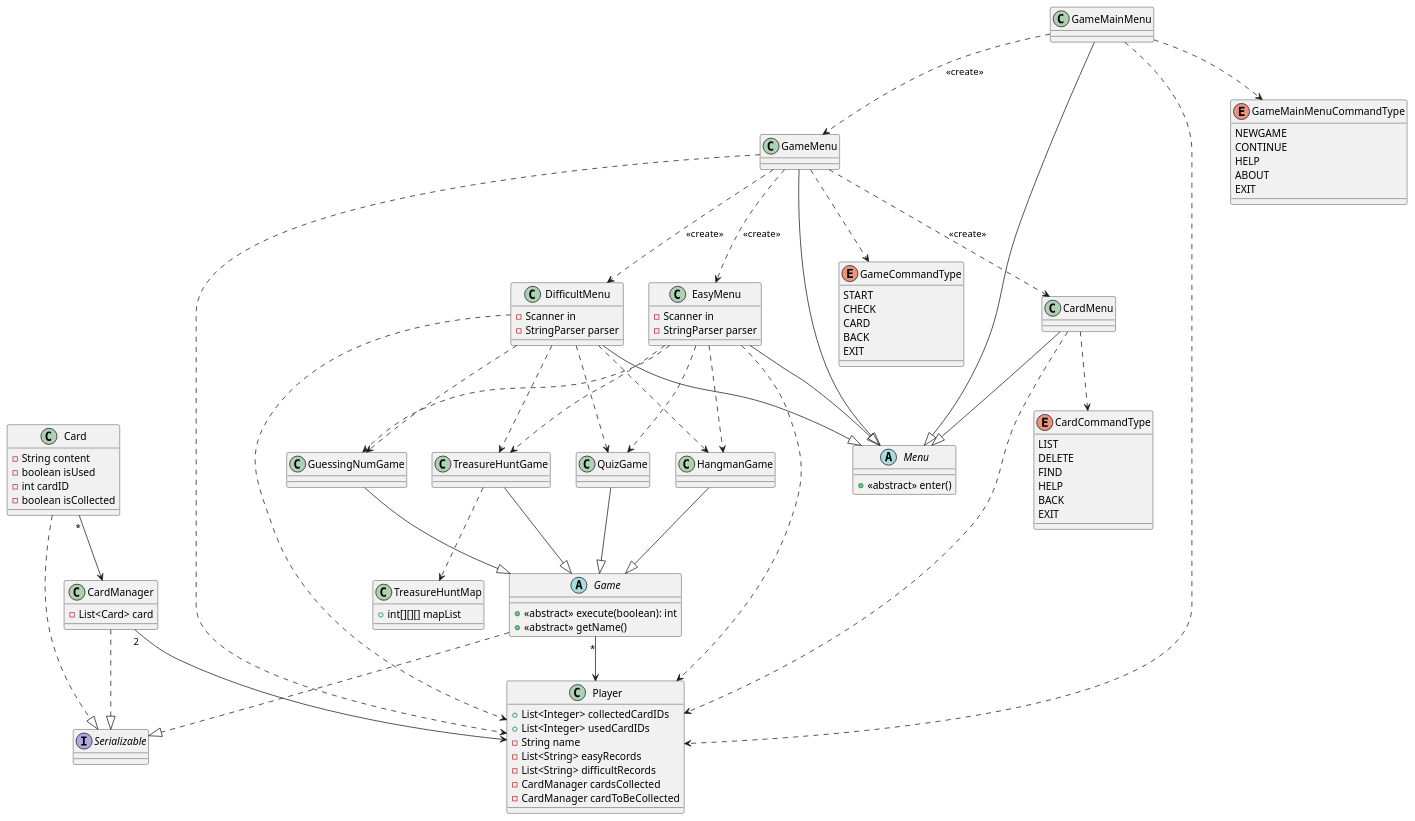
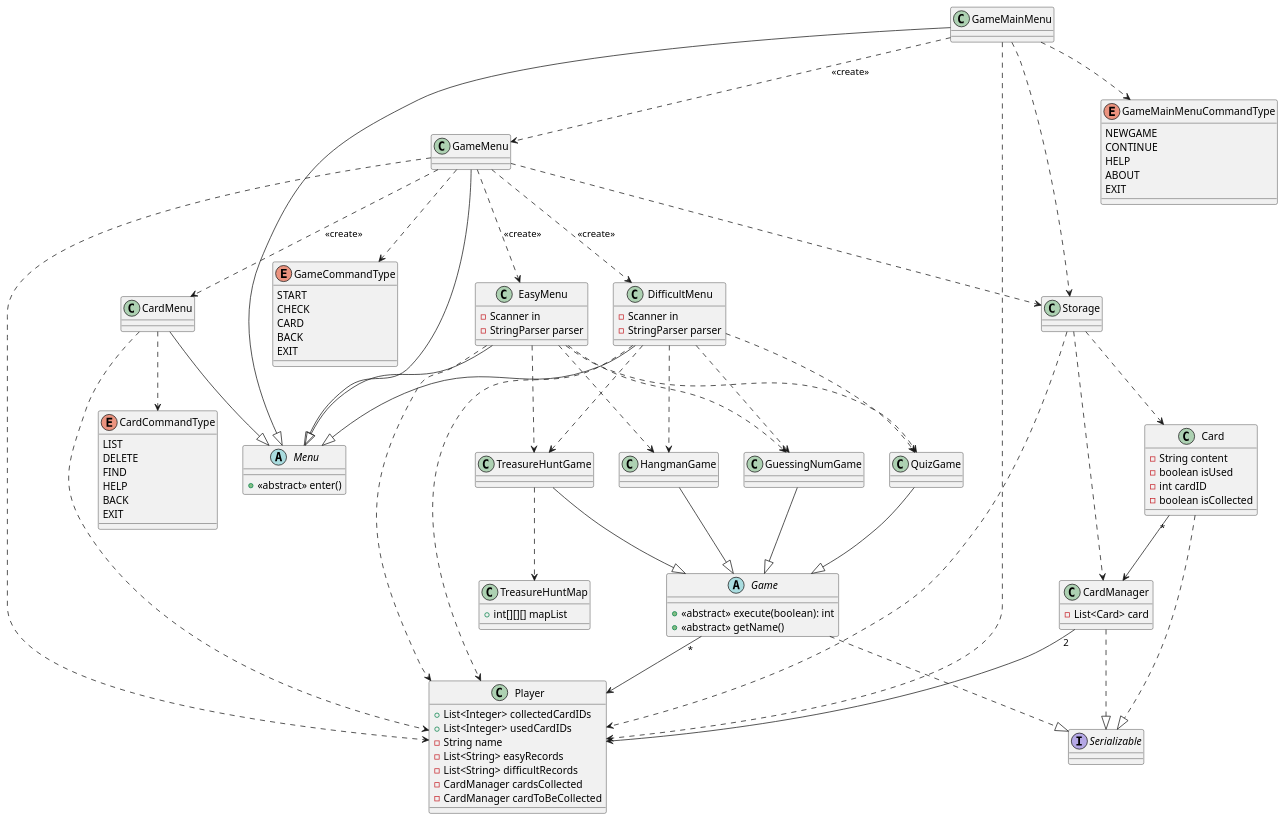
Before and after one commit to oneScotch/tp: the diagram in docs/diagrams/WholeClass.puml, drawn with PlantUML. The commit also changed 18 other files, not shown here.

```diff
--- a/docs/diagrams/WholeClass.puml
+++ b/docs/diagrams/WholeClass.puml
@@ -1,126 +1,134 @@
 @startuml
 'https://plantuml.com/class-diagram
 
 abstract class Game
 abstract class Menu
 interface Serializable
 
 HangmanGame --|> Game
 GuessingNumGame --|> Game
 QuizGame --|> Game
 TreasureHuntGame --|> Game
 
 GameMainMenu --|> Menu
 CardMenu --|> Menu
 EasyMenu --|> Menu
 DifficultMenu --|> Menu
 GameMenu --|> Menu
 
 Game..|> Serializable
 Card..|> Serializable
 CardManager..|>Serializable
 
 TreasureHuntGame ..> TreasureHuntMap
 
 Card"*" --> CardManager
 CardManager"2" --> Player
 Game"*" --> Player
 
 abstract class Game {
 +<<abstract>> execute(boolean): int
 +<<abstract>> getName()
 }
 
 abstract class Menu {
 +<<abstract>> enter()
+}
+
+Storage ..> Card
+Storage ..>CardManager
+Storage ..> Player
+GameMenu ..>Storage
+GameMainMenu ..> Storage
+class Storage {
 }
 
 class Card {
 -String content
 -boolean isUsed
 -int cardID
 -boolean isCollected
 }
 
 class CardManager {
 -List<Card> card
 }
 
 class TreasureHuntMap {
 +int[][][] mapList
 }
 
 class Player{
 +List<Integer> collectedCardIDs
 +List<Integer> usedCardIDs
 -String name
 -List<String> easyRecords
 -List<String> difficultRecords
 -CardManager cardsCollected
 -CardManager cardToBeCollected
 }
 
 enum CardCommandType {
 LIST
 DELETE
 FIND
 HELP
 BACK
 EXIT
 }
 
 enum GameCommandType {
 START
 CHECK
 CARD
 BACK
 EXIT
 }
 
 enum GameMainMenuCommandType {
 NEWGAME
 CONTINUE
 HELP
 ABOUT
 EXIT
 }
 
 CardMenu ..> CardCommandType
 CardMenu ..>Player
 class CardMenu {
 }
 
 EasyMenu ..> HangmanGame
 EasyMenu ..> QuizGame
 EasyMenu ..> TreasureHuntGame
 EasyMenu ..> GuessingNumGame
 EasyMenu ..> Player
 class EasyMenu {
 -Scanner in
 -StringParser parser
 }
 
 DifficultMenu ..> HangmanGame
 DifficultMenu ..> QuizGame
 DifficultMenu ..> TreasureHuntGame
 DifficultMenu ..> GuessingNumGame
 DifficultMenu ..> Player
 class DifficultMenu {
 -Scanner in
 -StringParser parser
 }
 
 GameMenu ..> EasyMenu: <<create>>
 GameMenu ..> DifficultMenu: <<create>>
 GameMenu ..> CardMenu: <<create>>
 GameMenu ..> GameCommandType
 GameMenu ..> Player
 class GameMenu {
 }
 
 GameMainMenu ..> GameMenu: <<create>>
 GameMainMenu ..> GameMainMenuCommandType
 GameMainMenu ..> Player
 class GameMainMenu {
 }
 @enduml
```
